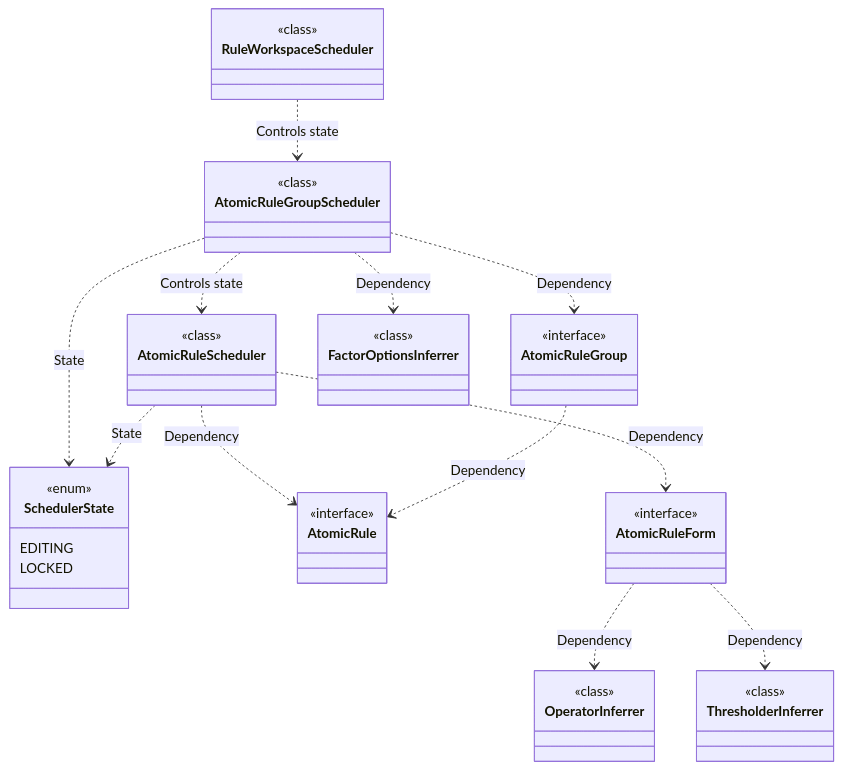
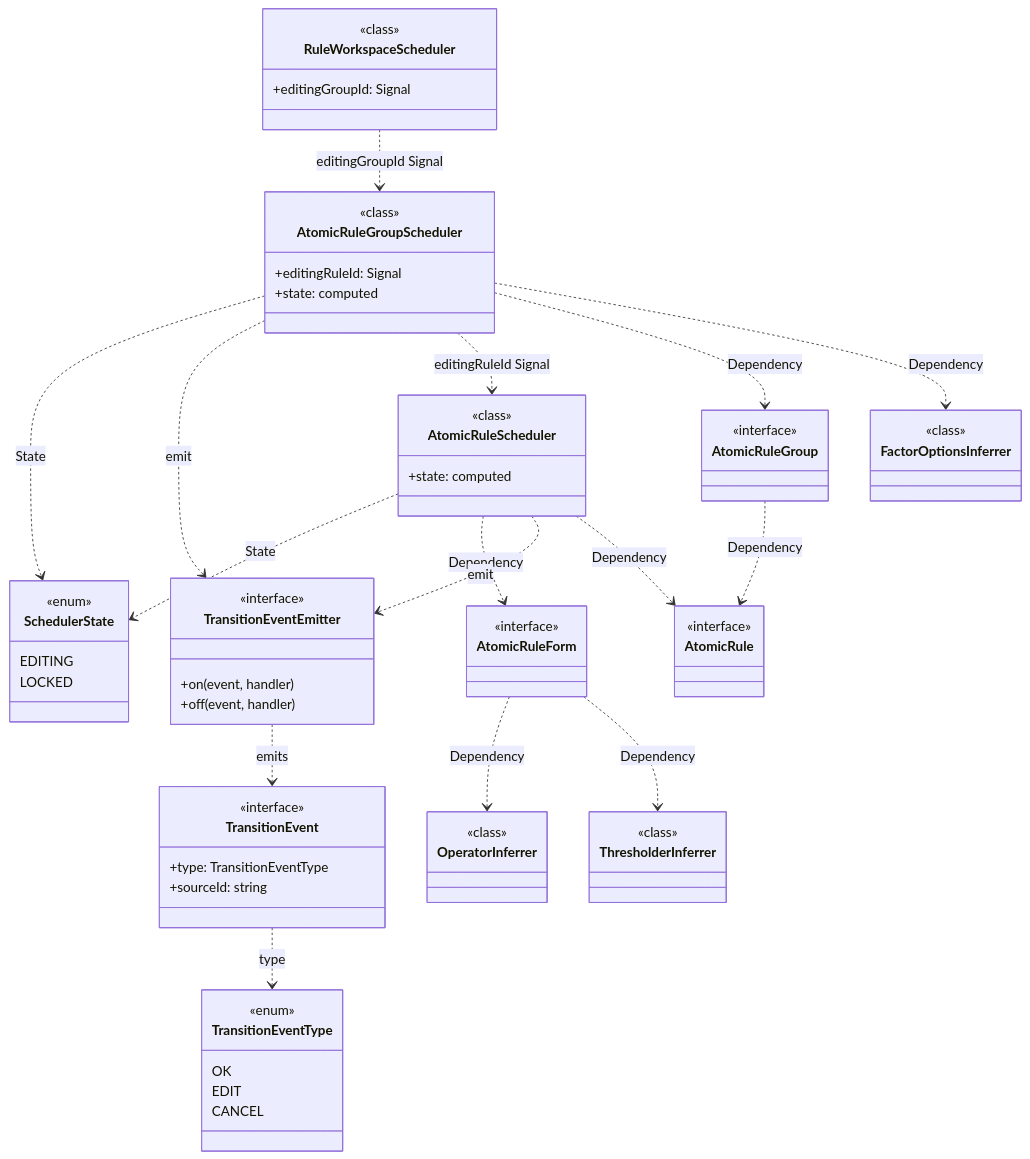
The diagram in specs/core/spec.md (huang-xiao-jian/themis), drawn with Mermaid before and after one commit. The commit also changed 2 other files, not shown here.

Commit message:
docs(core): redesign inter-layer communication protocol with event/signal channels
- Add TransitionEvent/TransitionEventEmitter for upward event channel
- Introduce shared Signal mechanism for downward state propagation
- Replace confirm() with onOk/onEdit/onCancel user-action methods
- Update state derivation to use computed from parent shared signals
- Add on-prefix arrow function convention for event callbacks

````diff
--- a/specs/core/spec.md
+++ b/specs/core/spec.md
@@ -62,6 +62,25 @@
     <<enum>>
     EDITING
     LOCKED
+  }
+
+  class TransitionEventType {
+    <<enum>>
+    OK
+    EDIT
+    CANCEL
+  }
+
+  class TransitionEvent {
+    <<interface>>
+    +type: TransitionEventType
+    +sourceId: string
+  }
+
+  class TransitionEventEmitter {
+    <<interface>>
+    +on(event, handler)
+    +off(event, handler)
   }
 
   class AtomicRule {
@@ -74,10 +93,13 @@
 
   class AtomicRuleGroupScheduler {
     <<class>>
+    +editingRuleId: Signal
+    +state: computed
   }
 
   class AtomicRuleScheduler {
     <<class>>
+    +state: computed
   }
 
   class AtomicRuleForm {
@@ -98,21 +120,29 @@
 
   class RuleWorkspaceScheduler {
     <<class>>
+    +editingGroupId: Signal
   }
 
+  %% 状态依赖
   AtomicRuleScheduler ..> SchedulerState : State
   AtomicRuleGroupScheduler ..> SchedulerState : State
   AtomicRuleScheduler ..> AtomicRuleForm : Dependency
 
+  %% 事件通道（上行）
+  AtomicRuleScheduler ..> TransitionEventEmitter : emit
+  AtomicRuleGroupScheduler ..> TransitionEventEmitter : emit
+  TransitionEventEmitter ..> TransitionEvent : emits
+  TransitionEvent ..> TransitionEventType : type
+
+  %% 信号通道（下行）
+  RuleWorkspaceScheduler ..> AtomicRuleGroupScheduler : editingGroupId Signal
+  AtomicRuleGroupScheduler ..> AtomicRuleScheduler : editingRuleId Signal
+
+  %% 数据依赖
   AtomicRuleGroup ..> AtomicRule : Dependency
-
   AtomicRuleScheduler ..> AtomicRule : Dependency
   AtomicRuleForm ..> OperatorInferrer : Dependency
   AtomicRuleForm ..> ThresholderInferrer : Dependency
-
   AtomicRuleGroupScheduler ..> AtomicRuleGroup : Dependency
-  AtomicRuleGroupScheduler ..> AtomicRuleScheduler : Controls state
   AtomicRuleGroupScheduler ..> FactorOptionsInferrer : Dependency
-
-  RuleWorkspaceScheduler ..> AtomicRuleGroupScheduler : Controls state
 ```
````
